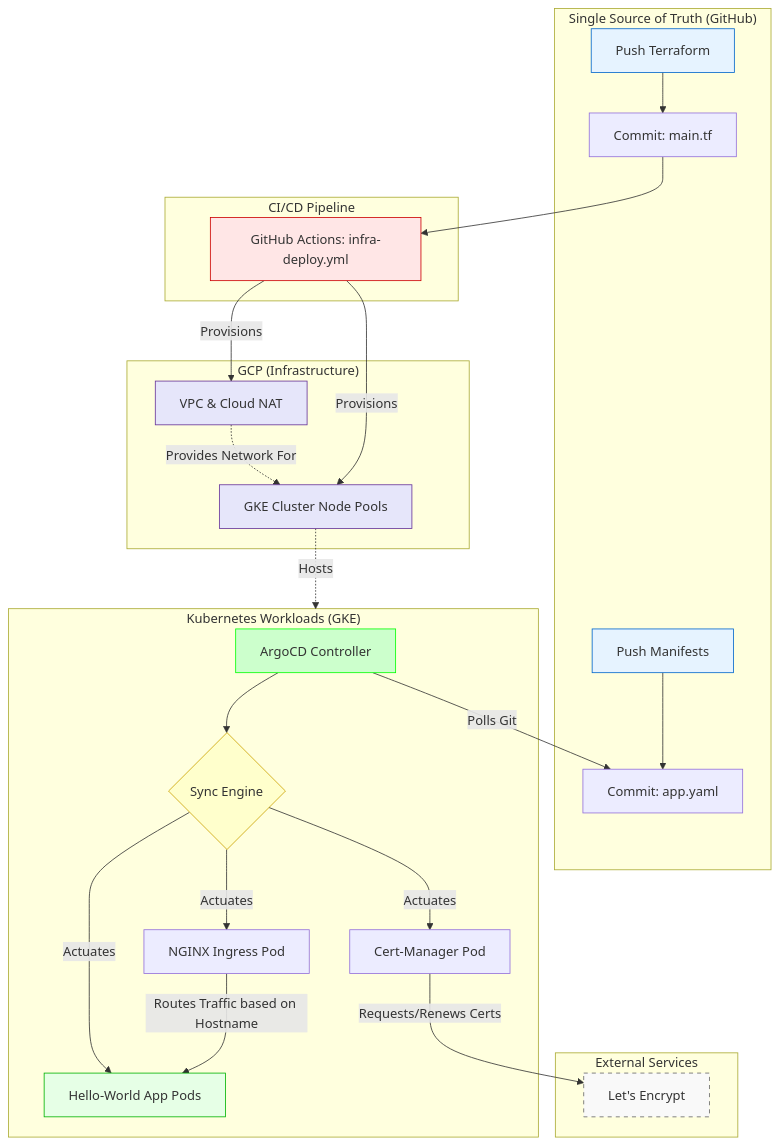
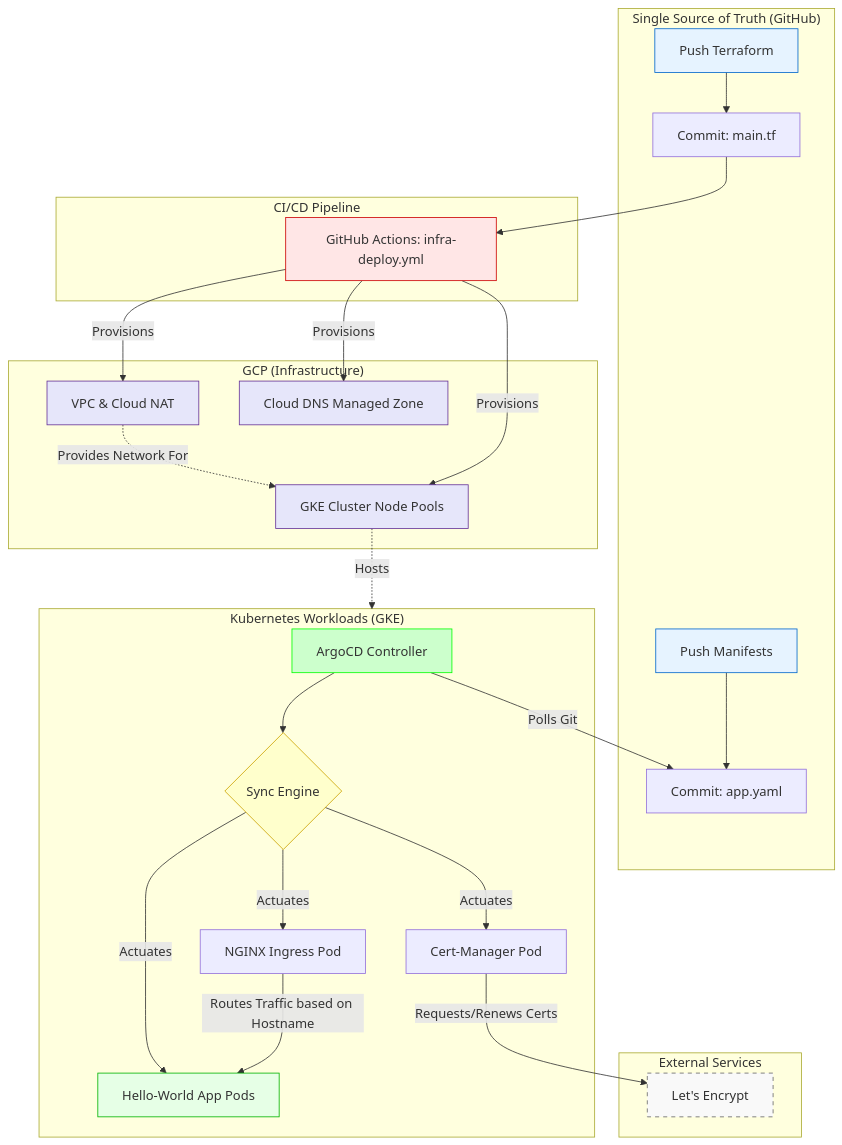
The diagram in README.md (Shrey496/terraform-gke-argocd), drawn with Mermaid before and after one commit. The commit also changed other lines of this file, not shown here.

````diff
--- a/README.md
+++ b/README.md
@@ -96,57 +93,60 @@
 ```mermaid
 graph TD
     subgraph Git_Repository ["Single Source of Truth (GitHub)"]
         A[Push Terraform] --> B[Commit: main.tf]
         C[Push Manifests] --> D[Commit: app.yaml]
     end
 
     subgraph CI_CD ["CI/CD Pipeline"]
         E[GitHub Actions: infra-deploy.yml]
     end
 
     subgraph GCP_Cloud ["GCP (Infrastructure)"]
         F[VPC & Cloud NAT]
         G[GKE Cluster Node Pools]
+        N[Cloud DNS Managed Zone]
         
         F -. Provides Network For .-> G
     end
 
     subgraph GKE_Cluster ["Kubernetes Workloads (GKE)"]
         H[ArgoCD Controller] 
         I{Sync Engine}
         
         J[Cert-Manager Pod]
         K[NGINX Ingress Pod]
         L[Hello-World App Pods]
 
         H -- Polls Git --> D
         H --> I
         I -- Actuates --> J
         I -- Actuates --> K
         I -- Actuates --> L
         
         K -- Routes Traffic based on Hostname --> L
     end
 
     subgraph External_Services ["External Services"]
         M[Let's Encrypt]
         J -- Requests/Renews Certs --> M
     end
 
     %% Infrastructure Flow
     B --> E
     E -- Provisions --> F
     E -- Provisions --> G
+    E -- Provisions --> N
     G -. Hosts .-> GKE_Cluster
 
     %% Styling
     style A fill:#e6f3ff,stroke:#0066cc
     style C fill:#e6f3ff,stroke:#0066cc
     style E fill:#ffe6e6,stroke:#cc0000
     style H fill:#ccffcc,stroke:#00ff00
     style I fill:#ffffcc,stroke:#cca300
     style L fill:#e6ffe6,stroke:#00b300
     style M fill:#f9f9f9,stroke:#666,stroke-dasharray: 5 5
     style F fill:#e6e6fa,stroke:#663399
     style G fill:#e6e6fa,stroke:#663399
+    style N fill:#e6e6fa,stroke:#663399
 ```
````
